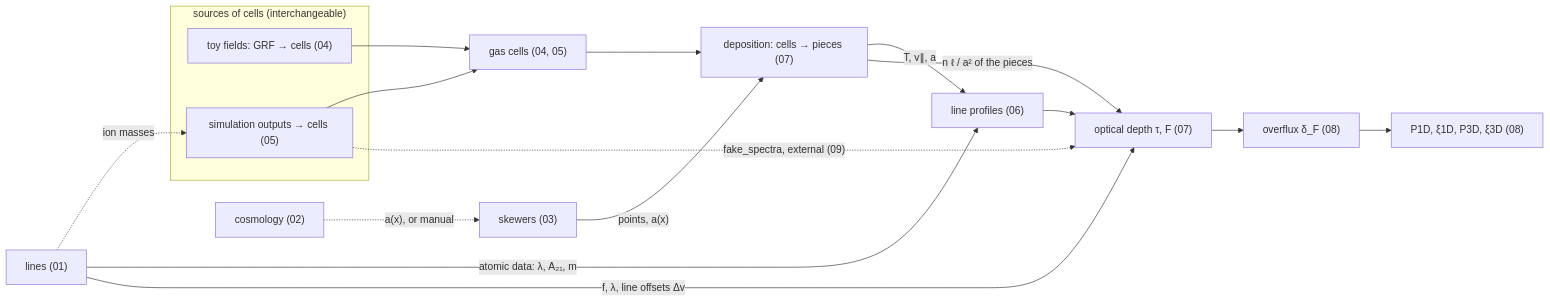
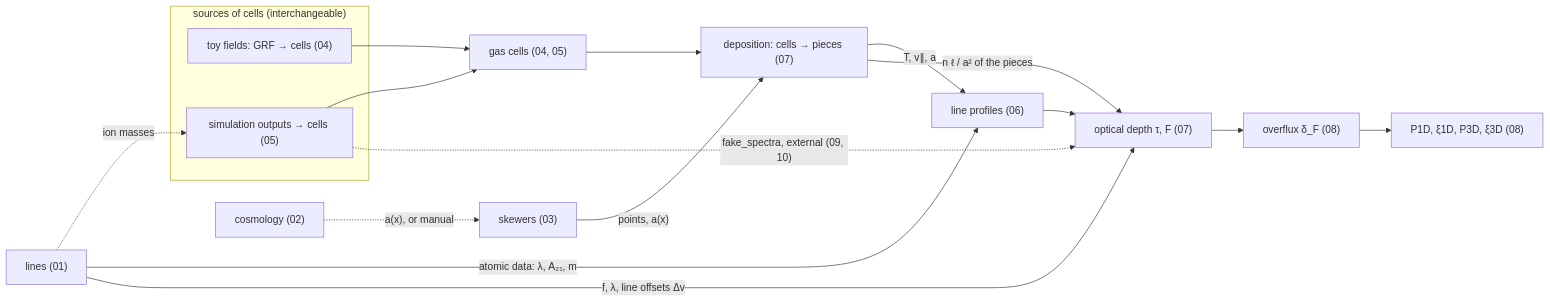
One commit to daniellopezcano/SkewerJAX changed the first of 2 diagrams in README.md. Above: the diagram before and after it, drawn with Mermaid. The commit also changed other lines of this file and 16 other files, not shown here.

Commit message:
better 07 visualization, split fake spectra comparison into performance and results

````diff
--- a/README.md
+++ b/README.md
@@ -35,21 +35,21 @@
 ```mermaid
 flowchart LR
     C["cosmology (02)"] -. "a(x), or manual" .-> K["skewers (03)"]
     subgraph SRC["sources of cells (interchangeable)"]
         TS["toy fields: GRF → cells (04)"]
         SIM["simulation outputs → cells (05)"]
     end
     L["lines (01)"] -. "ion masses" .-> SIM
     TS --> F["gas cells (04, 05)"]
     SIM --> F
     F --> D["deposition: cells → pieces (07)"]
     K -- "points, a(x)" --> D
     D -- "T, v∥, a" --> LP["line profiles (06)"]
     L -- "atomic data: λ, A₂₁, m" --> LP
     LP --> T["optical depth τ, F (07)"]
     D -- "n ℓ / a² of the pieces" --> T
     L -- "f, λ, line offsets Δv" --> T
     T --> O["overflux δ_F (08)"]
     O --> P["P1D, ξ1D, P3D, ξ3D (08)"]
-    SIM -. "fake_spectra, external (09)" .-> T
+    SIM -. "fake_spectra, external (09, 10)" .-> T
 ```
````
